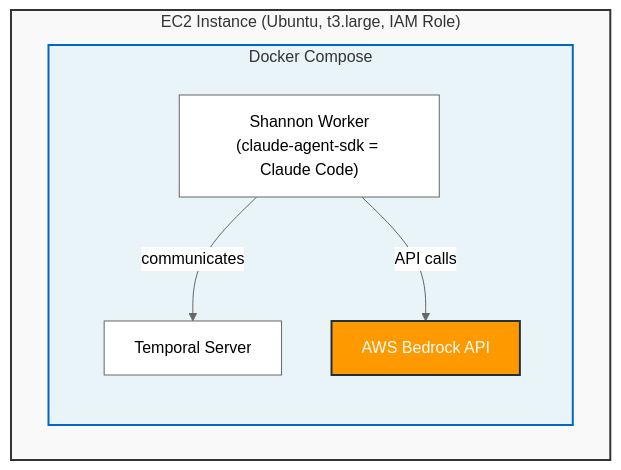
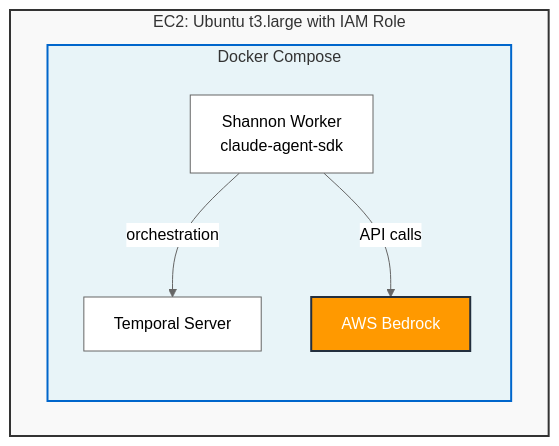
The diagram in README.md (Frangke/shannon-bedrock), drawn with Mermaid (neutral theme) before and after one commit. The commit also changed 1 other file, not shown here.

Commit message:
Fix architecture diagram: simplify labels to prevent text overflow
- Shorten EC2 subgraph label to prevent line wrapping
- Simplify Worker label for cleaner display
- Update edge label for clarity (orchestration vs communicates)

````diff
--- a/README.md
+++ b/README.md
@@ -20,17 +20,17 @@
 ```mermaid
 graph TB
-    subgraph EC2["EC2 Instance (Ubuntu, t3.large, IAM Role)"]
-        subgraph Docker["Docker Compose"]
+    subgraph EC2[EC2: Ubuntu t3.large with IAM Role]
+        subgraph Docker[Docker Compose]
             Temporal[Temporal Server]
-            Worker["Shannon Worker<br/>(claude-agent-sdk = Claude Code)"]
-            Worker -->|communicates| Temporal
-            Worker -->|API calls| Bedrock[AWS Bedrock API]
+            Worker[Shannon Worker<br/>claude-agent-sdk]
+            Worker -->|orchestration| Temporal
+            Worker -->|API calls| Bedrock[AWS Bedrock]
         end
     end
 
     style EC2 fill:#f9f9f9,stroke:#333,stroke-width:2px
     style Docker fill:#e8f4f8,stroke:#0066cc,stroke-width:2px
     style Temporal fill:#fff,stroke:#666,stroke-width:1px
     style Worker fill:#fff,stroke:#666,stroke-width:1px
     style Bedrock fill:#ff9900,stroke:#232f3e,stroke-width:2px,color:#fff
 ```
````
